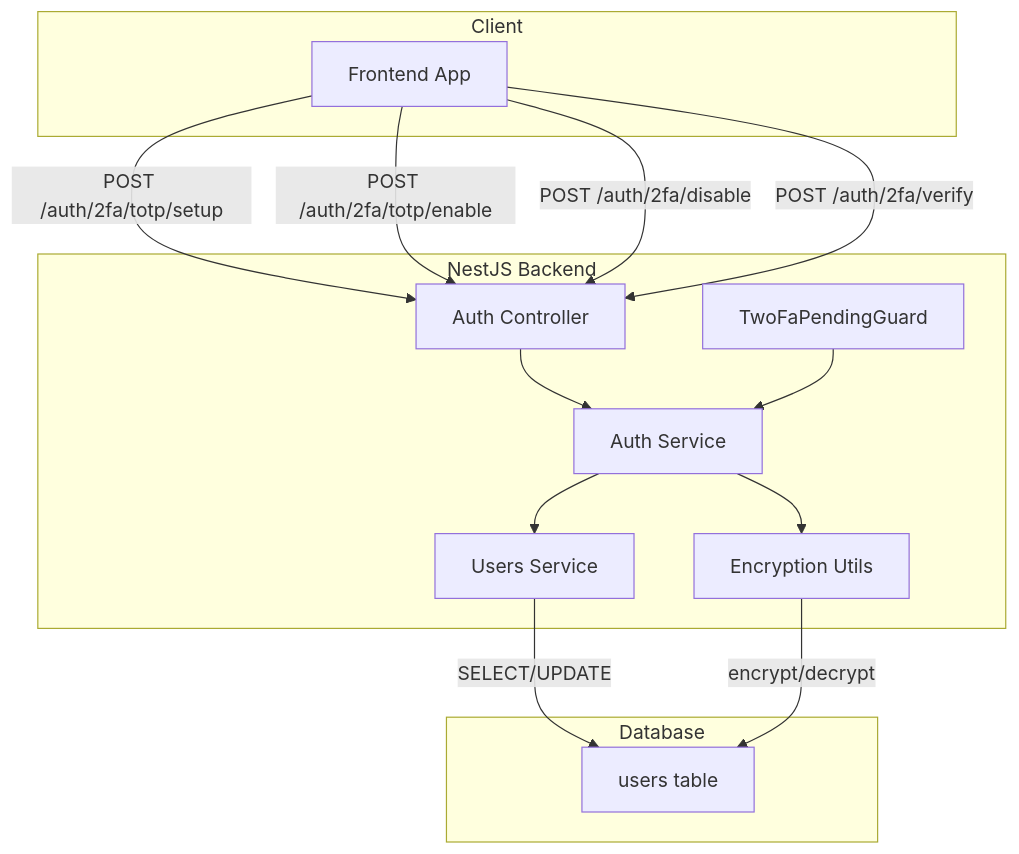
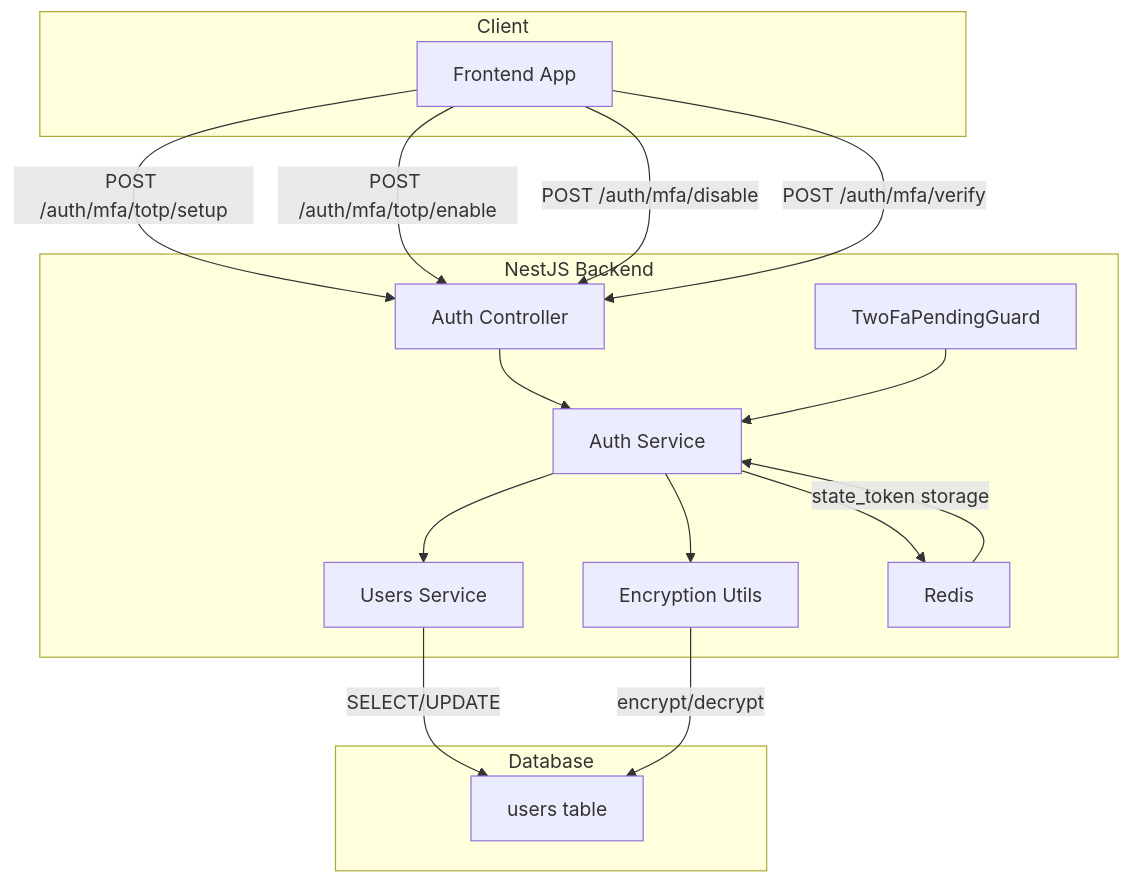
The first of 7 diagrams in system-design.md (daviduzondu/skillbridge-stage-5-be), drawn with Mermaid before and after one commit. The commit also changed other lines of this file and 11 other files, not shown here.

````diff
--- a/system-design.md
+++ b/system-design.md
@@ -9,30 +9,33 @@
 ```mermaid
 graph TB
     subgraph Client
         UI[Frontend App]
     end
 
     subgraph NestJS Backend
         AC[Auth Controller]
         AS[Auth Service]
         US[Users Service]
         G2[TwoFaPendingGuard]
         EU[Encryption Utils]
+        R[Redis]
     end
 
     subgraph Database
         U[users table]
     end
 
-    UI -->|POST /auth/2fa/totp/setup| AC
-    UI -->|POST /auth/2fa/totp/enable| AC
-    UI -->|POST /auth/2fa/disable| AC
-    UI -->|POST /auth/2fa/verify| AC
+    UI -->|POST /auth/mfa/totp/setup| AC
+    UI -->|POST /auth/mfa/totp/enable| AC
+    UI -->|POST /auth/mfa/disable| AC
+    UI -->|POST /auth/mfa/verify| AC
 
     AC --> AS
     AS --> US
     AS --> EU
+    AS --> R
     G2 --> AS
     US -->|SELECT/UPDATE| U
     EU -->|encrypt/decrypt| U
+    R -->|state_token storage| AS
 ```
````
